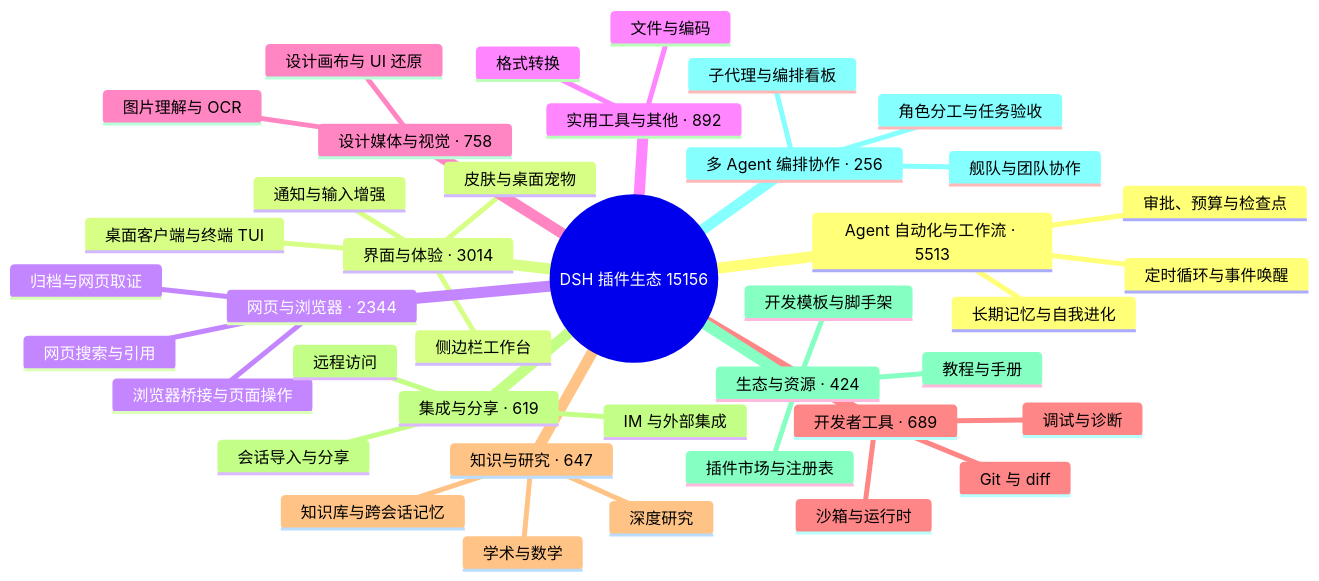
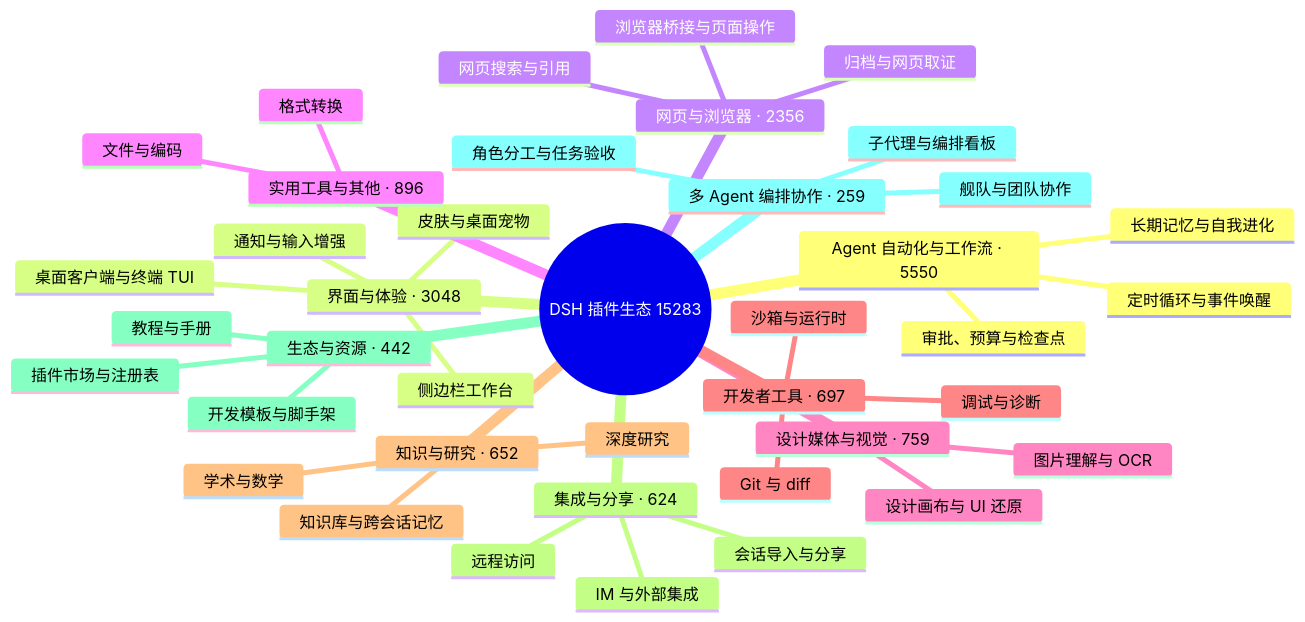
Before and after one commit to bruc3van/awesome-dsh-plugin: the diagram in README.md, drawn with Mermaid. The commit also changed other lines of this file and 21 other files, not shown here.

````diff
--- a/README.md
+++ b/README.md
@@ -16,43 +16,43 @@
 ```mermaid
 mindmap
-  root((DSH 插件生态 15156))
-    Agent 自动化与工作流 · 5513
+  root((DSH 插件生态 15283))
+    Agent 自动化与工作流 · 5550
       定时循环与事件唤醒
       长期记忆与自我进化
       审批、预算与检查点
-    界面与体验 · 3014
+    界面与体验 · 3048
       桌面客户端与终端 TUI
       侧边栏工作台
       皮肤与桌面宠物
       通知与输入增强
-    网页与浏览器 · 2344
+    网页与浏览器 · 2356
       浏览器桥接与页面操作
       网页搜索与引用
       归档与网页取证
-    实用工具与其他 · 892
+    实用工具与其他 · 896
       文件与编码
       格式转换
-    设计媒体与视觉 · 758
+    设计媒体与视觉 · 759
       图片理解与 OCR
       设计画布与 UI 还原
-    开发者工具 · 689
+    开发者工具 · 697
       Git 与 diff
       沙箱与运行时
       调试与诊断
-    知识与研究 · 647
+    知识与研究 · 652
       知识库与跨会话记忆
       深度研究
       学术与数学
-    集成与分享 · 619
+    集成与分享 · 624
       会话导入与分享
       远程访问
       IM 与外部集成
-    生态与资源 · 424
+    生态与资源 · 442
       插件市场与注册表
       开发模板与脚手架
       教程与手册
-    多 Agent 编排协作 · 256
+    多 Agent 编排协作 · 259
       子代理与编排看板
       舰队与团队协作
       角色分工与任务验收
 ```
````
